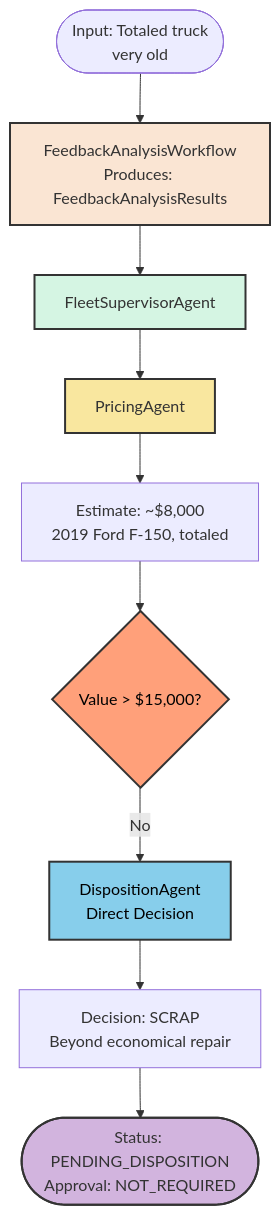
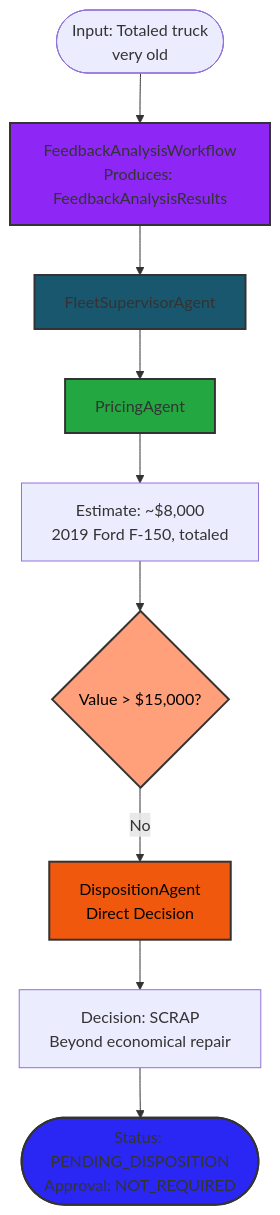
The fifth of 6 diagrams in docs/docs/section-2/step-05.md (OpenLiberty/liberty-workshop-langchain4j), drawn with Mermaid before and after one commit. The commit also changed other lines of this file and 10 other files, not shown here.

````diff
--- a/docs/docs/section-2/step-05.md
+++ b/docs/docs/section-2/step-05.md
@@ -410,23 +444,23 @@
 ```mermaid
 flowchart TD
     Start(["Input: Totaled truck<br/>very old"])
 
     Start --> FW["FeedbackAnalysisWorkflow<br/>Produces: FeedbackAnalysisResults"]
 
     FW --> FSA["FleetSupervisorAgent"]
     FSA --> PA["PricingAgent"]
     PA --> Value["Estimate: ~$8,000<br/>2019 Ford F-150, totaled"]
 
     Value --> Check{"Value > $15,000?"}
     Check -->|No| Direct["DispositionAgent<br/>Direct Decision"]
     Direct --> Decision["Decision: SCRAP<br/>Beyond economical repair"]
 
     Decision --> Result(["Status: PENDING_DISPOSITION<br/>Approval: NOT_REQUIRED"])
 
-    style FW fill:#FAE5D3,stroke:#333,stroke-width:2,color:#333
-    style FSA fill:#D5F5E3,stroke:#333,stroke-width:2,color:#333
-    style PA fill:#F9E79F,stroke:#333,stroke-width:2,color:#333
-    style Direct fill:#87CEEB,stroke:#333,stroke-width:2,color:#000
+    style FW fill:#8E27F5,stroke:#333,stroke-width:2,color:#333
+    style FSA fill:#19576E,stroke:#333,stroke-width:2,color:#333
+    style PA fill:#23A841,stroke:#333,stroke-width:2,color:#333
+    style Direct fill:#F0580E,stroke:#333,stroke-width:2,color:#000
     style Check fill:#FFA07A,stroke:#333,stroke-width:2,color:#000
-    style Result fill:#D2B4DE,stroke:#333,stroke-width:2,color:#333
+    style Result fill:#2A27F5,stroke:#333,stroke-width:2,color:#333
 ```
````
